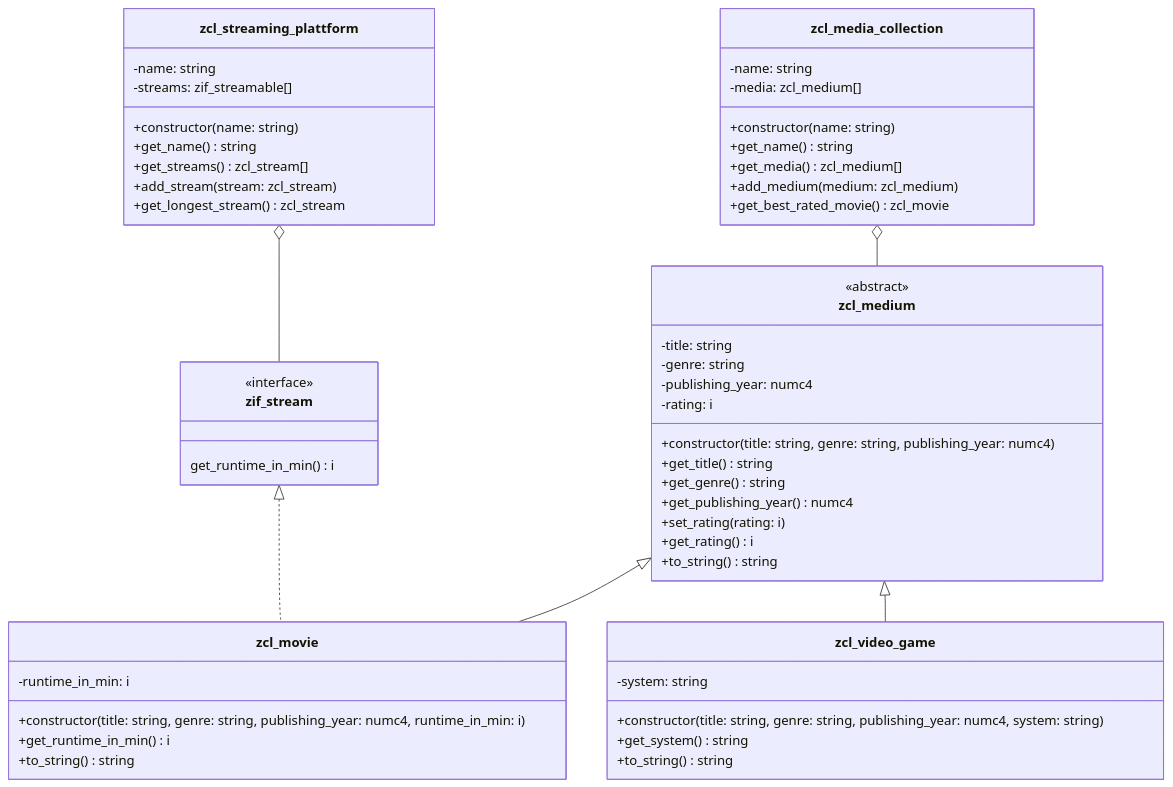
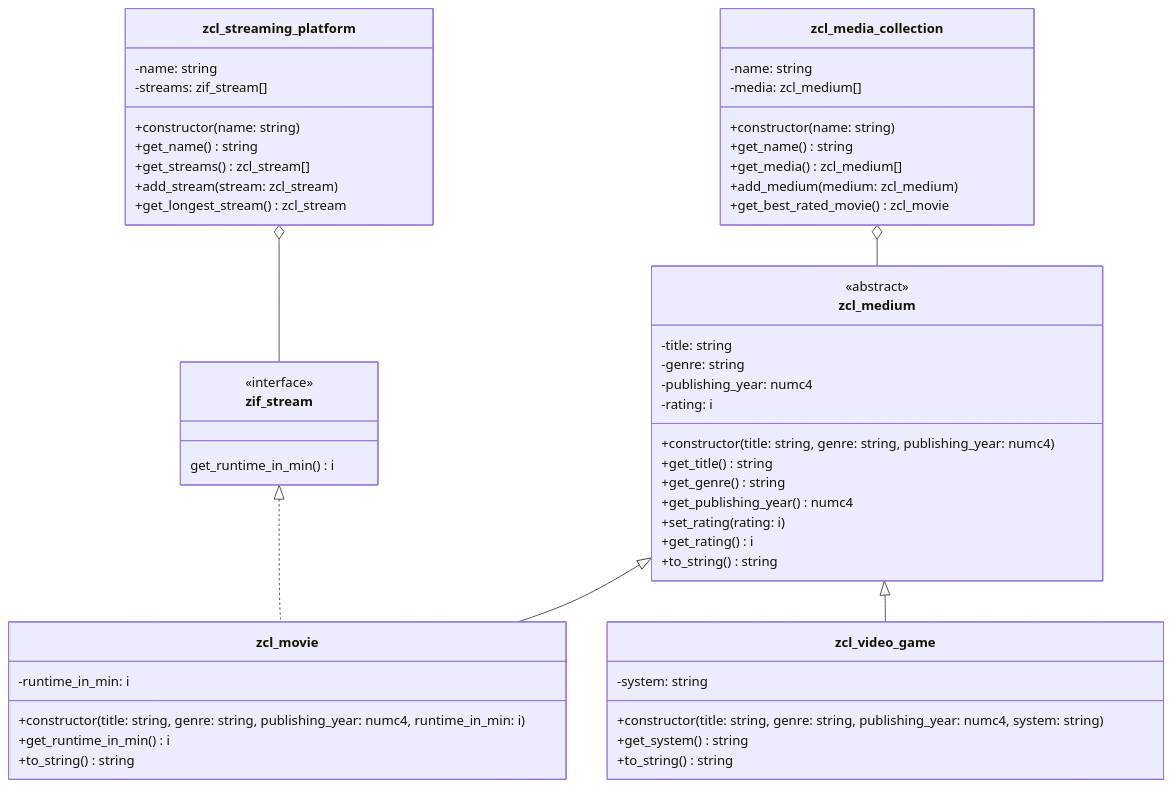
Before and after one commit to appenmaier/s4hana: the diagram in docs/exercises/abap-objects/abap-objects-08.md, drawn with Mermaid. The commit also changed other lines of this file, not shown here.

````diff
--- a/docs/exercises/abap-objects/abap-objects-08.md
+++ b/docs/exercises/abap-objects/abap-objects-08.md
@@ -14,62 +16,62 @@
 ```mermaid
 classDiagram
    zif_stream <|.. zcl_movie
-   zcl_streaming_plattform o-- zif_stream
+   zcl_streaming_platform o-- zif_stream
    zcl_media_collection o-- zcl_medium
    zcl_medium <|-- zcl_movie
    zcl_medium <|-- zcl_video_game
 
    class zcl_medium {
       <<abstract>>
       -title: string
       -genre: string
       -publishing_year: numc4
       -rating: i
       +constructor(title: string, genre: string, publishing_year: numc4)
       +get_title() string      
       +get_genre() string      
       +get_publishing_year() numc4
       +set_rating(rating: i)
       +get_rating() i
       +to_string() string
    }
 
    class zcl_movie {
       -runtime_in_min: i
       +constructor(title: string, genre: string, publishing_year: numc4, runtime_in_min: i)
       +get_runtime_in_min() i
       +to_string() string
    }
 
    class zcl_video_game {
       -system: string
       +constructor(title: string, genre: string, publishing_year: numc4, system: string)
       +get_system() string
       +to_string() string
    }
 
    class zcl_media_collection {
       -name: string
       -media: zcl_medium[]
       +constructor(name: string)
       +get_name() string
       +get_media() zcl_medium[]
       +add_medium(medium: zcl_medium)
       +get_best_rated_movie() zcl_movie
    }
 
    class zif_stream {
       <<interface>>
       get_runtime_in_min() i
    }
 
-   class zcl_streaming_plattform {
+   class zcl_streaming_platform {
       -name: string
-      -streams: zif_streamable[]
+      -streams: zif_stream[]
       +constructor(name: string)
       +get_name() string
       +get_streams() zcl_stream[]
       +add_stream(stream: zcl_stream)
       +get_longest_stream() zcl_stream
    }
 ```
````
